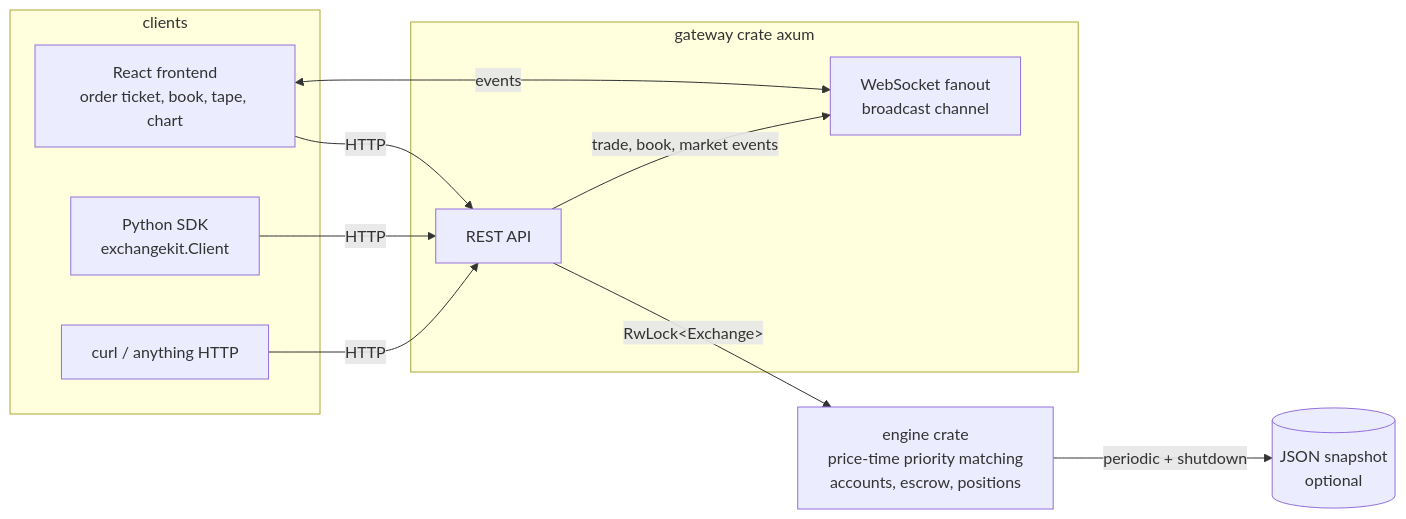
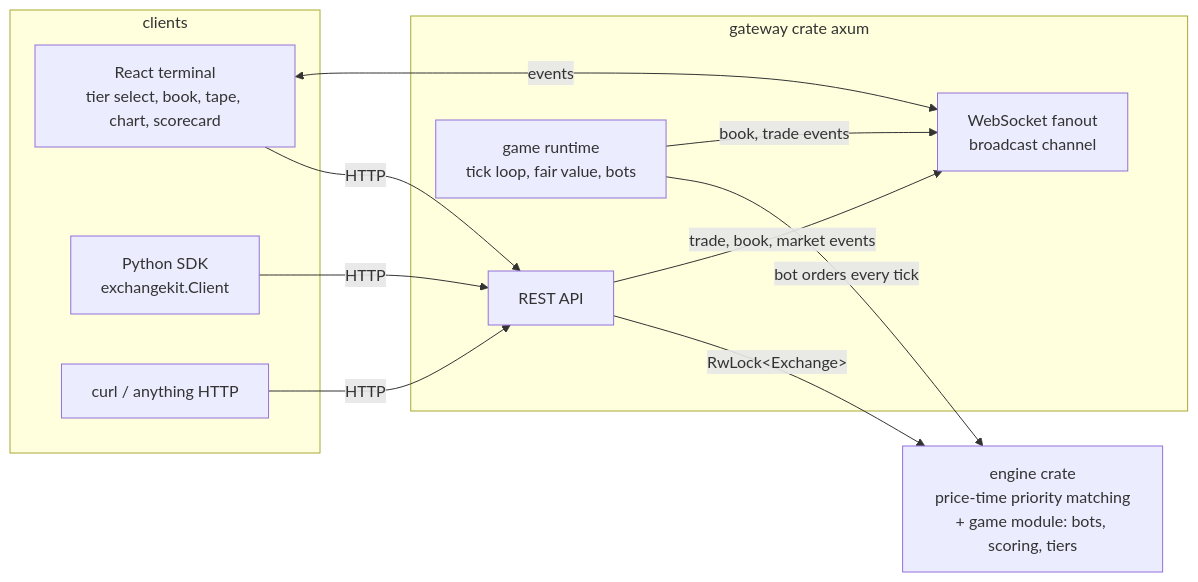
One commit to andreruizloera/exchangekit changed the diagram in README.md. Above: the diagram before and after it, drawn with Mermaid. The commit also changed other lines of this file and 35 other files, not shown here.

````diff
--- a/README.md
+++ b/README.md
@@ -147,22 +177,23 @@
 ```mermaid
 flowchart LR
     subgraph clients
-        UI[React frontend<br/>order ticket, book, tape, chart]
+        UI[React terminal<br/>tier select, book, tape, chart, scorecard]
         SDK[Python SDK<br/>exchangekit.Client]
         CURL[curl / anything HTTP]
     end
     subgraph gateway [gateway crate axum]
         REST[REST API]
+        GAME[game runtime<br/>tick loop, fair value, bots]
         WS[WebSocket fanout<br/>broadcast channel]
     end
-    ENGINE[engine crate<br/>price-time priority matching<br/>accounts, escrow, positions]
-    SNAP[(JSON snapshot<br/>optional)]
+    ENGINE[engine crate<br/>price-time priority matching<br/>+ game module: bots, scoring, tiers]
 
     UI -->|HTTP| REST
     SDK -->|HTTP| REST
     CURL -->|HTTP| REST
     UI <-->|events| WS
     REST -->|"RwLock&lt;Exchange&gt;"| ENGINE
+    GAME -->|bot orders every tick| ENGINE
+    GAME -->|book, trade events| WS
     REST -->|trade, book, market events| WS
-    ENGINE -->|periodic + shutdown| SNAP
 ```
````
